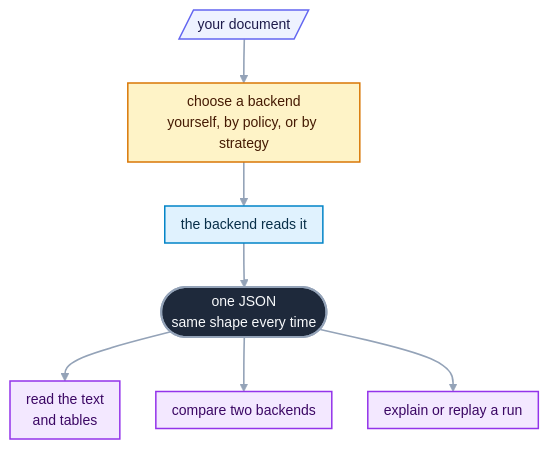
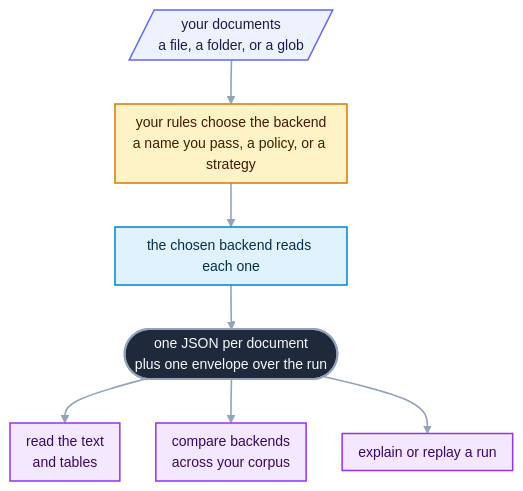
The diagram in README.md (openreading-ai/openreading-core), drawn with Mermaid before and after one commit. The commit also changed other lines of this file and 3 other files, not shown here.

````diff
--- a/README.md
+++ b/README.md
@@ -29,16 +34,16 @@
 ```mermaid
 %%{init: {"theme":"base","themeVariables":{"fontFamily":"ui-sans-serif, system-ui, -apple-system, Segoe UI, Roboto, sans-serif","fontSize":"14px","lineColor":"#94a3b8","textColor":"#334155","primaryTextColor":"#0f172a","edgeLabelBackground":"#eef2f7","clusterBkg":"#f8fafc","clusterBorder":"#cbd5e1","titleColor":"#334155"},"flowchart":{"curve":"basis","nodeSpacing":36,"rankSpacing":44,"padding":8,"useMaxWidth":true}}}%%
 flowchart TD
-  D[/"your document"/]:::src --> B["choose a backend<br>yourself, by policy, or by strategy"]:::gate
-  B --> P["the backend reads it"]:::work
-  P --> J(["one JSON<br>same shape every time"]):::hero
+  D[/"your documents<br>a file, a folder, or a glob"/]:::src --> B["your rules choose the backend<br>a name you pass, a policy, or a strategy"]:::gate
+  B --> P["the chosen backend reads each one"]:::work
+  P --> J(["one JSON per document<br>plus one envelope over the run"]):::hero
   J --> T["read the text<br>and tables"]:::out
-  J --> C["compare two backends"]:::out
+  J --> C["compare backends<br>across your corpus"]:::out
   J --> E["explain or replay a run"]:::out
   classDef src fill:#eef2ff,stroke:#6366f1,stroke-width:1.5px,color:#1e1b4b;
   classDef work fill:#e0f2fe,stroke:#0284c7,stroke-width:1.5px,color:#082f49;
   classDef gate fill:#fef3c7,stroke:#d97706,stroke-width:1.5px,color:#451a03;
   classDef out fill:#f3e8ff,stroke:#9333ea,stroke-width:1.5px,color:#3b0764;
   classDef hero fill:#1e293b,stroke:#94a3b8,stroke-width:2px,color:#f8fafc;
   linkStyle default stroke-width:1.6px;
 ```
````
